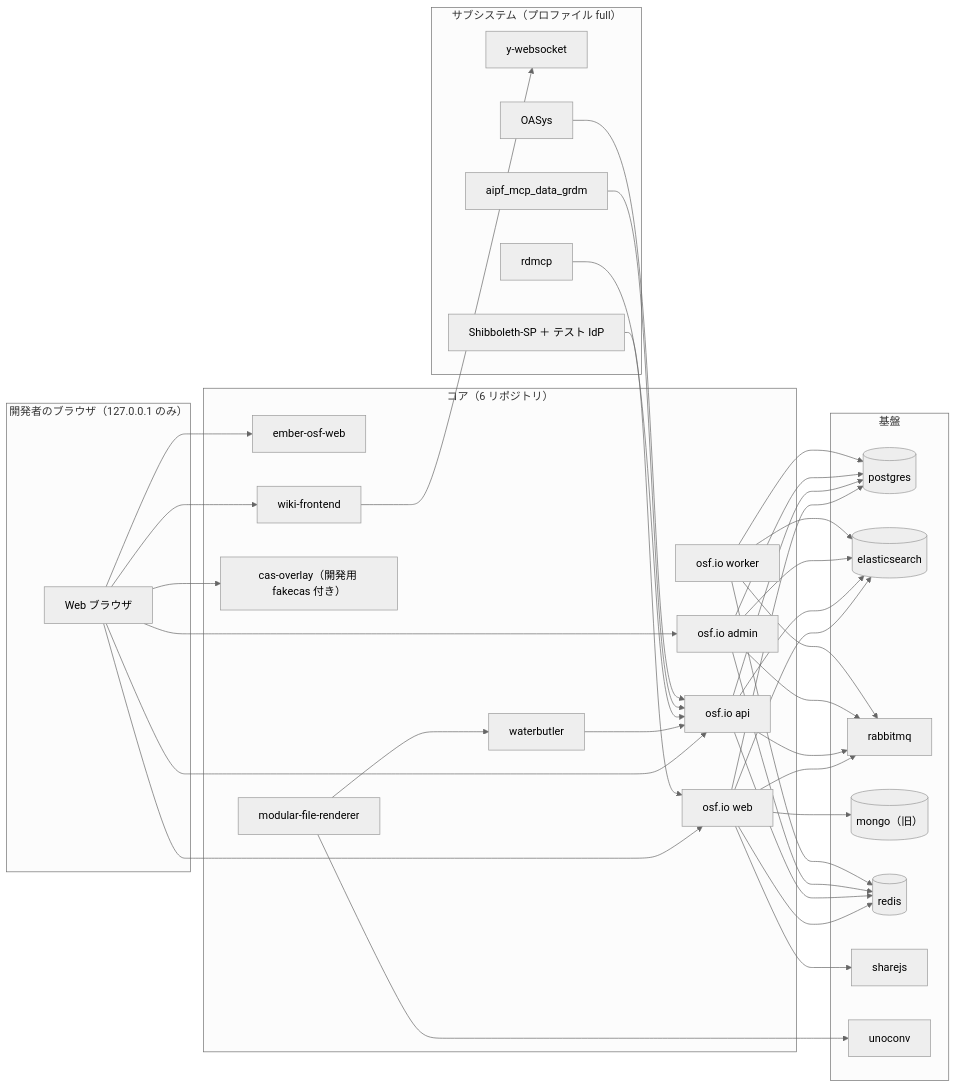
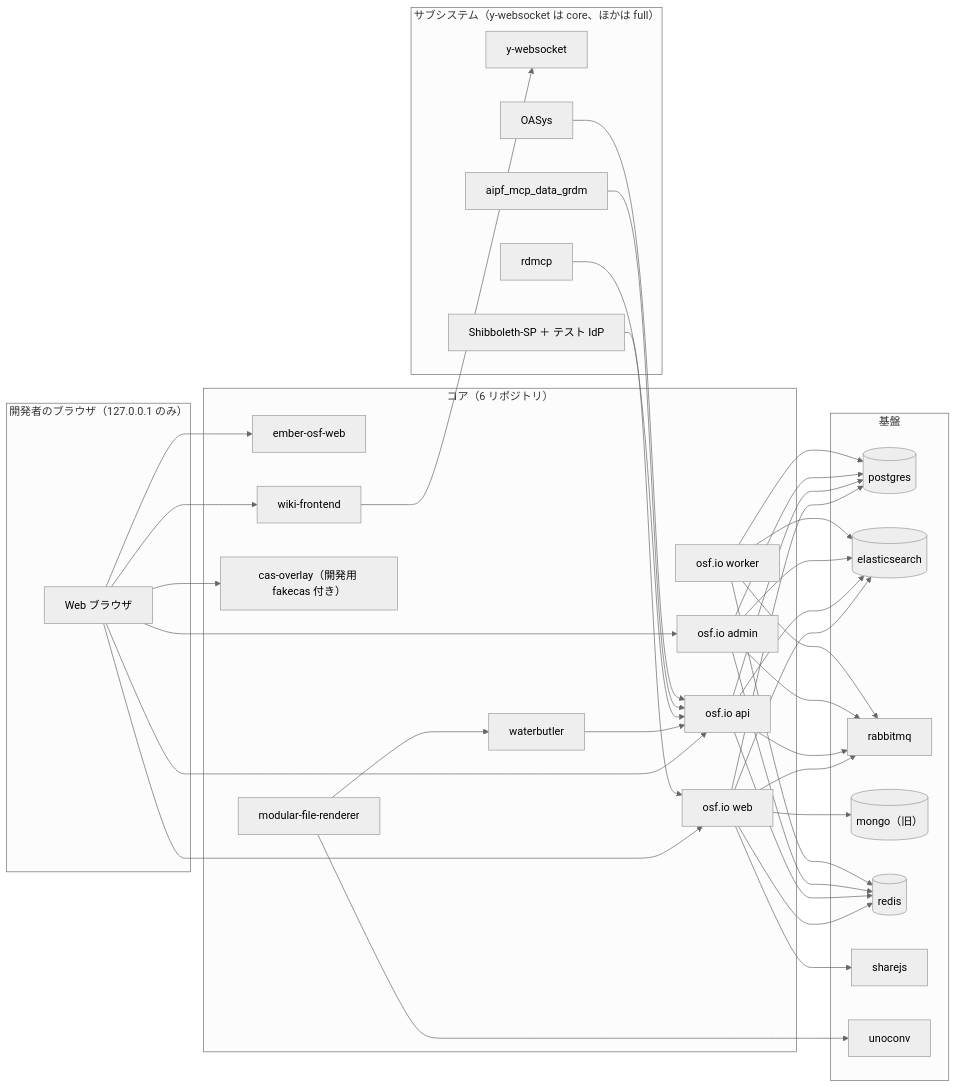
One commit to RCOSDP/RDM-developer-guide changed the third of 4 diagrams in docs/spec/00_overview.md. Above: the diagram before and after it, drawn with Mermaid (neutral theme). The commit also changed other lines of this file and 68 other files, not shown here.

````diff
--- a/docs/spec/00_overview.md
+++ b/docs/spec/00_overview.md
@@ -194,42 +196,42 @@
 ```mermaid
 flowchart LR
   subgraph browser["開発者のブラウザ（127.0.0.1 のみ）"]
     B[Web ブラウザ]
   end
   subgraph core["コア（6 リポジトリ）"]
     EMB[ember-osf-web]
     OSFW[osf.io web]
     OSFA[osf.io api]
     OSFM[osf.io admin]
     OSFK[osf.io worker]
     WB[waterbutler]
     MFR[modular-file-renderer]
     CAS["cas-overlay（開発用 fakecas 付き）"]
     WIKI[wiki-frontend]
   end
   subgraph infra["基盤"]
     PG[(postgres)]
     ES[(elasticsearch)]
     MQ[rabbitmq]
     MG[("mongo（旧）")]
     RD[(redis)]
     SJ[sharejs]
     UNO[unoconv]
   end
-  subgraph subs["サブシステム（プロファイル full）"]
+  subgraph subs["サブシステム（y-websocket は core、ほかは full）"]
     YWS[y-websocket]
     OAS[OASys]
     SHIB["Shibboleth-SP ＋ テスト IdP"]
     MCP[rdmcp]
     AIPF[aipf_mcp_data_grdm]
   end
   B --> EMB & OSFW & OSFA & OSFM & CAS & WIKI
   OSFW & OSFA & OSFM & OSFK --> PG & ES & MQ & RD
   OSFW --> SJ & MG
   WB --> OSFA
   MFR --> WB & UNO
   WIKI --> YWS
   SHIB --> OSFW
   MCP & AIPF --> OSFA
   OAS --> OSFA
 ```
````
